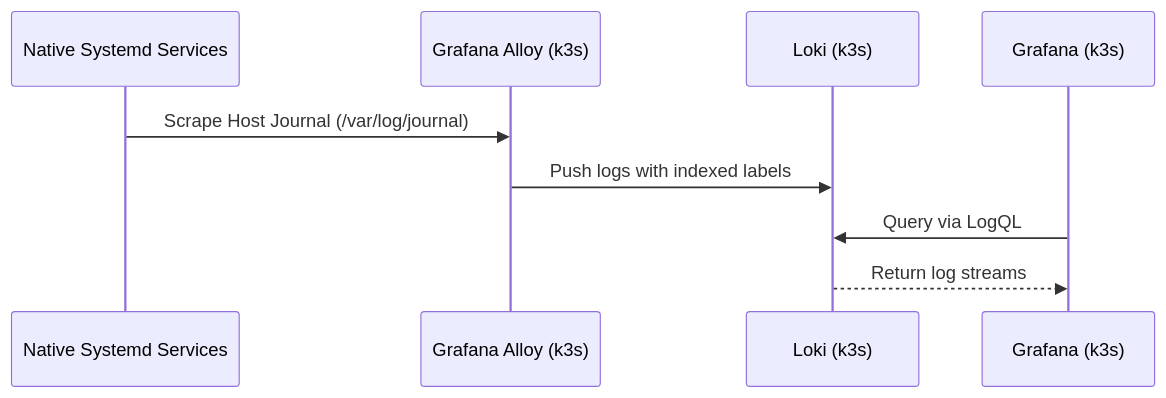
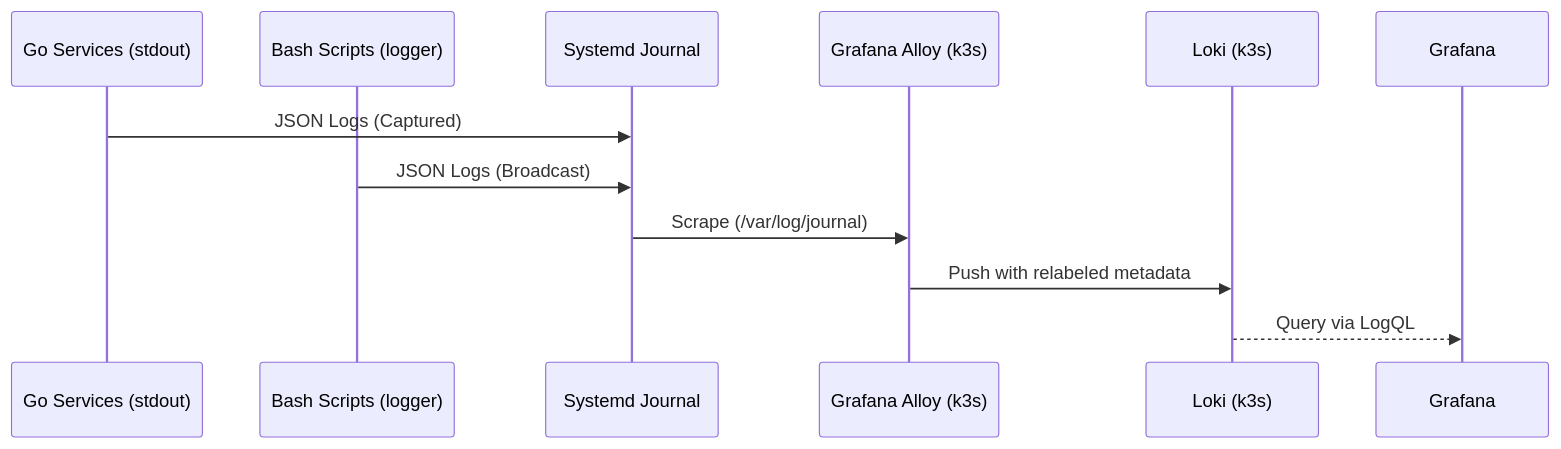
One commit to victoriacheng15/observability-hub changed the diagram in docs/architecture/infrastructure/deployment.md. Above: the diagram before and after it, drawn with Mermaid. The commit also changed other lines of this file and 7 other files, not shown here.

````diff
--- a/docs/architecture/infrastructure/deployment.md
+++ b/docs/architecture/infrastructure/deployment.md
@@ -33,12 +36,14 @@
 ```mermaid
 sequenceDiagram
-    participant Systemd as Native Systemd Services
+    participant App as Go Services (stdout)
+    participant Script as Bash Scripts (logger)
+    participant Journal as Systemd Journal
     participant Alloy as Grafana Alloy (k3s)
     participant Loki as Loki (k3s)
-    participant Grafana as Grafana (k3s)
 
-    Systemd->>Alloy: Scrape Host Journal (/var/log/journal)
-    Alloy->>Loki: Push logs with indexed labels
-    Grafana->>Loki: Query via LogQL
-    Loki-->>Grafana: Return log streams
+    App->>Journal: JSON Logs (Captured)
+    Script->>Journal: JSON Logs (Broadcast)
+    Journal->>Alloy: Scrape (/var/log/journal)
+    Alloy->>Loki: Push with relabeled metadata
+    Loki-->>Grafana: Query via LogQL
 ```
````
